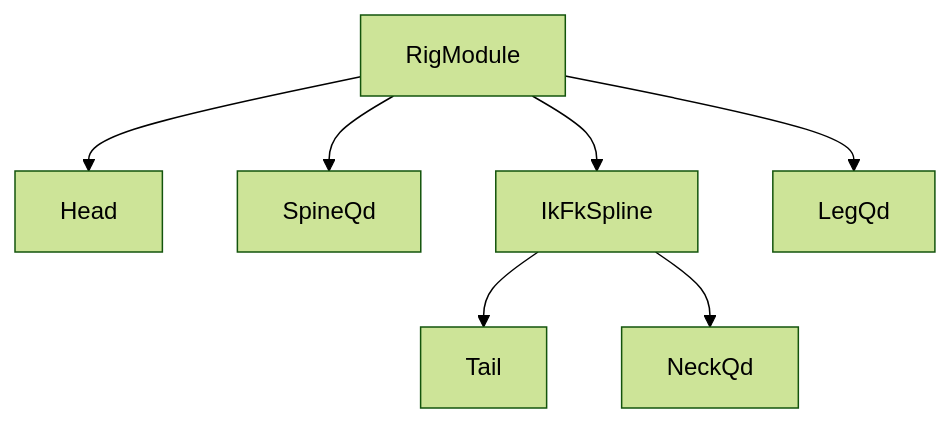
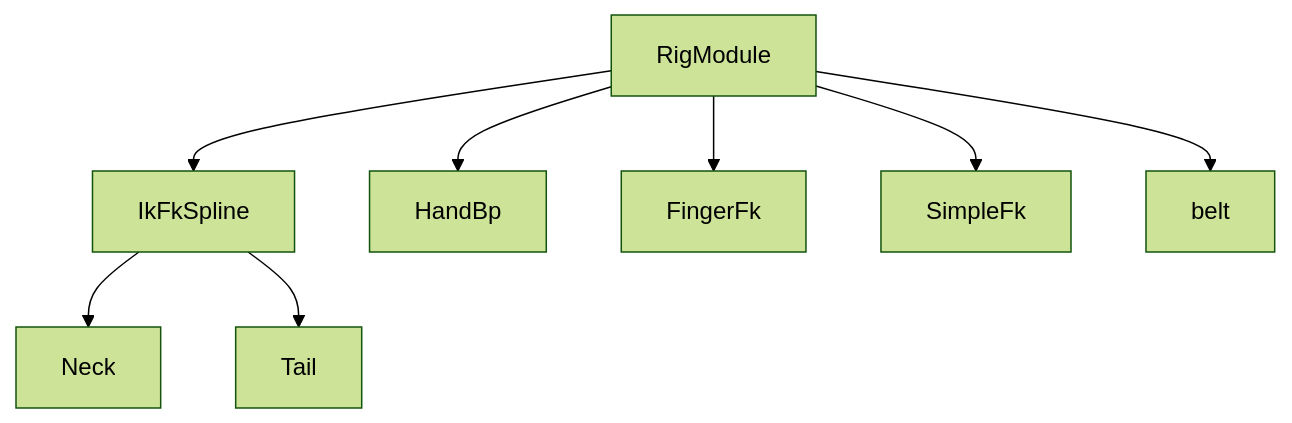
One commit to nickyliux/nl_rigging_tools changed the third of 3 diagrams in README.md. Above: the diagram before and after it, drawn with Mermaid (forest theme). The commit also changed other lines of this file and 6 other files, not shown here.

````diff
--- a/README.md
+++ b/README.md
@@ -125,9 +127,10 @@
 ```mermaid
 flowchart
-    RigModule --> Head
-    RigModule --> SpineQd
     RigModule --> IkFkSpline
-    RigModule --> LegQd
+    IkFkSpline --> Neck
     IkFkSpline --> Tail
-    IkFkSpline --> NeckQd
+    RigModule --> HandBp
+    RigModule --> FingerFk
+    RigModule --> SimpleFk
+    RigModule --> belt
 ```
````
